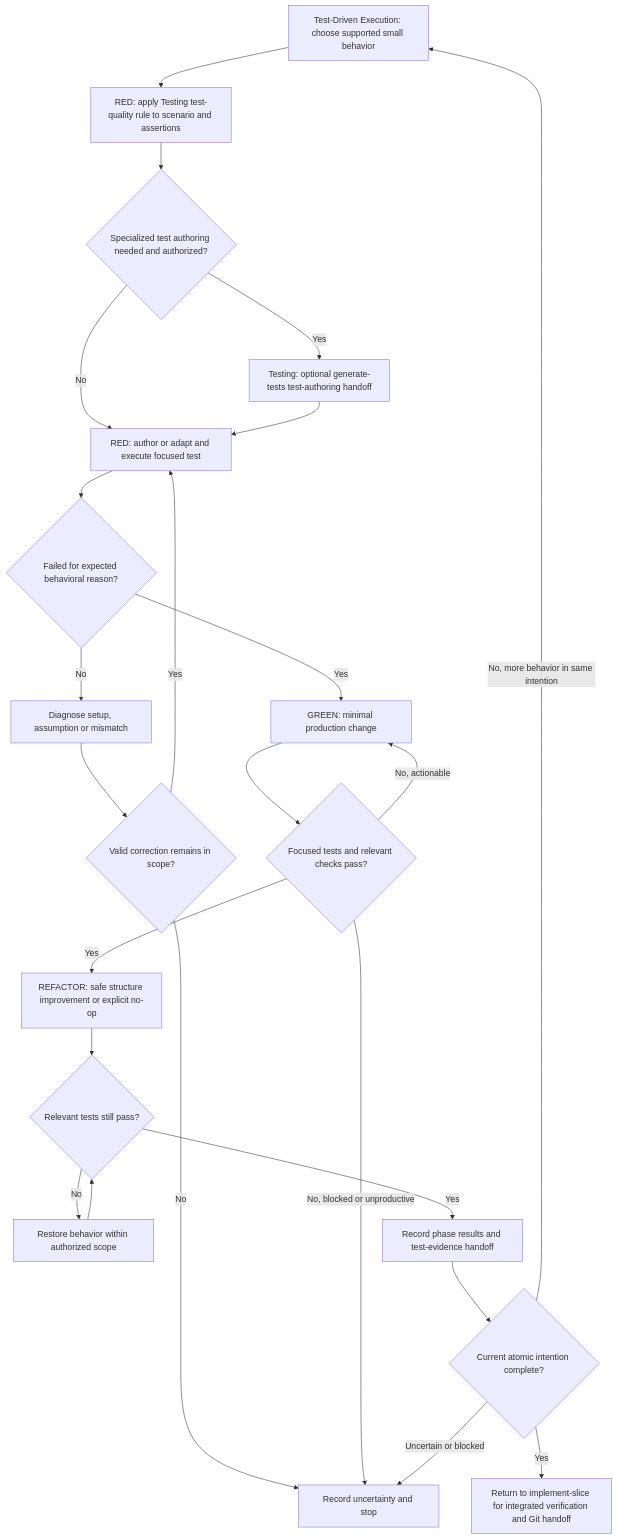
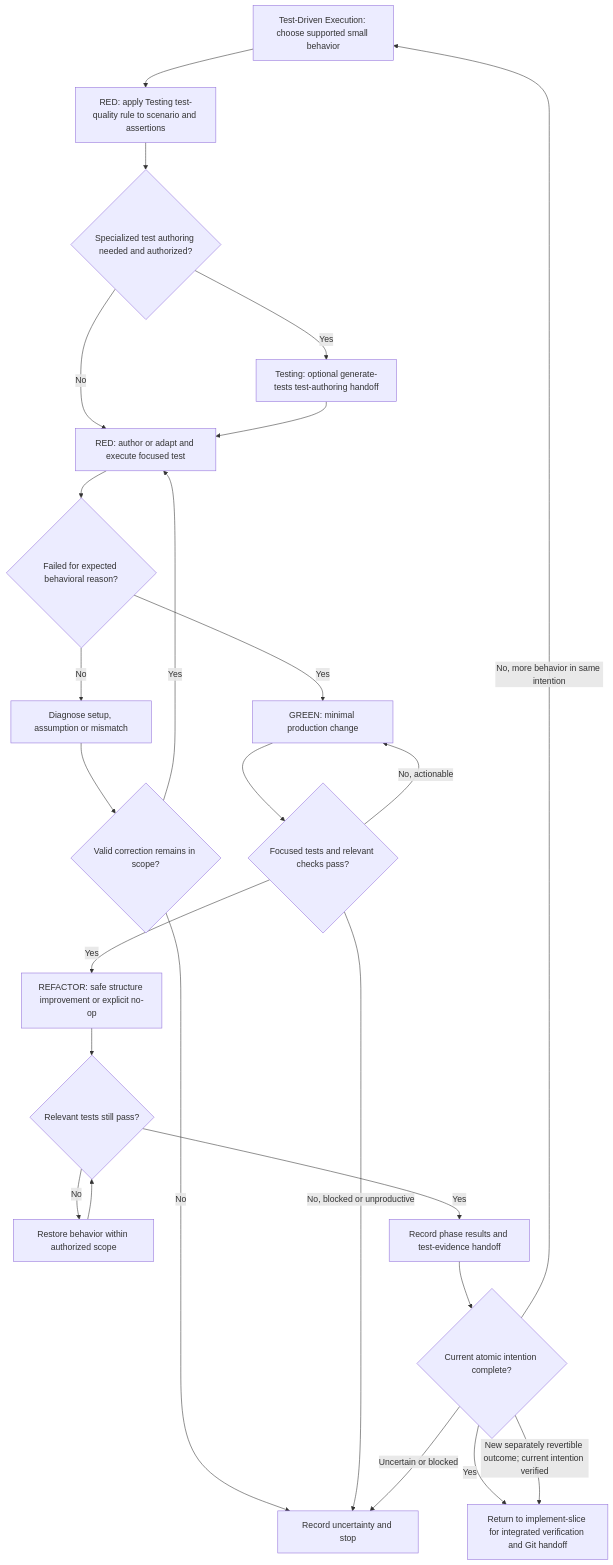
Before and after one commit to JadsonLucena/agent-toolkit: the diagram in contexts/implementation/skills/test-driven-development/SKILL.md, drawn with Mermaid. The commit also changed other lines of this file and 11 other files, not shown here.

````diff
--- a/contexts/implementation/skills/test-driven-development/SKILL.md
+++ b/contexts/implementation/skills/test-driven-development/SKILL.md
@@ -25,26 +25,27 @@
 ```mermaid
 flowchart TD
     Select["Test-Driven Execution: choose supported small behavior"] --> Standards["RED: apply Testing test-quality rule to scenario and assertions"]
     Standards --> NeedHelp{"Specialized test authoring needed and authorized?"}
     NeedHelp -->|Yes| Delegate["Testing: optional generate-tests test-authoring handoff"]
     NeedHelp -->|No| Red
     Delegate --> Red["RED: author or adapt and execute focused test"]
     Red --> Why{"Failed for expected behavioral reason?"}
     Why -->|No| Diagnose["Diagnose setup, assumption or mismatch"]
     Diagnose --> Decision{"Valid correction remains in scope?"}
     Decision -->|No| Stop["Record uncertainty and stop"]
     Decision -->|Yes| Red
     Why -->|Yes| Green["GREEN: minimal production change"]
     Green --> Check{"Focused tests and relevant checks pass?"}
     Check -->|No, actionable| Green
     Check -->|No, blocked or unproductive| Stop
     Check -->|Yes| Refactor["REFACTOR: safe structure improvement or explicit no-op"]
     Refactor --> Verify{"Relevant tests still pass?"}
     Verify -->|No| Fix["Restore behavior within authorized scope"]
     Fix --> Verify
     Verify -->|Yes| Evidence["Record phase results and test-evidence handoff"]
     Evidence --> Boundary{"Current atomic intention complete?"}
     Boundary -->|Yes| Done["Return to implement-slice for integrated verification and Git handoff"]
     Boundary -->|No, more behavior in same intention| Select
+    Boundary -->|New separately revertible outcome; current intention verified| Done
     Boundary -->|Uncertain or blocked| Stop
 ```
````
